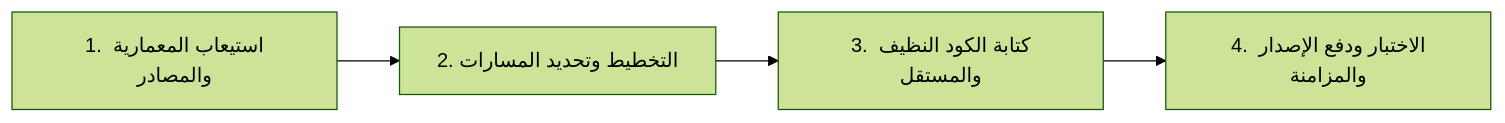
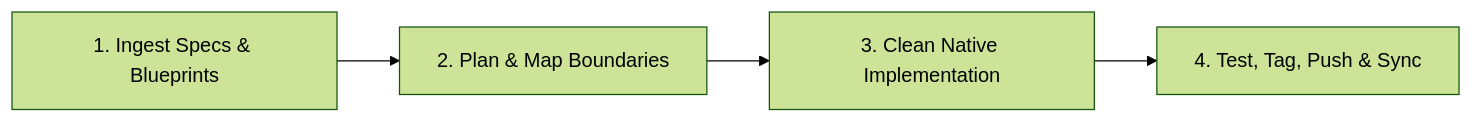
One commit to ugaritco/knowledgebase changed the diagram in agents/INSTRUCTIONS.md. Above: the diagram before and after it, drawn with Mermaid (forest theme). The commit also changed other lines of this file and 7 other files, not shown here.

````diff
--- a/agents/INSTRUCTIONS.md
+++ b/agents/INSTRUCTIONS.md
@@ -5,6 +5,6 @@
 ```mermaid
 flowchart LR
-    A[1. استيعاب المعمارية والمصادر] --> B[2. التخطيط وتحديد المسارات]
-    B --> C[3. كتابة الكود النظيف والمستقل]
-    C --> D[4. الاختبار ودفع الإصدار والمزامنة]
+    A[1. Ingest Specs & Blueprints] --> B[2. Plan & Map Boundaries]
+    B --> C[3. Clean Native Implementation]
+    C --> D[4. Test, Tag, Push & Sync]
 ```
````
